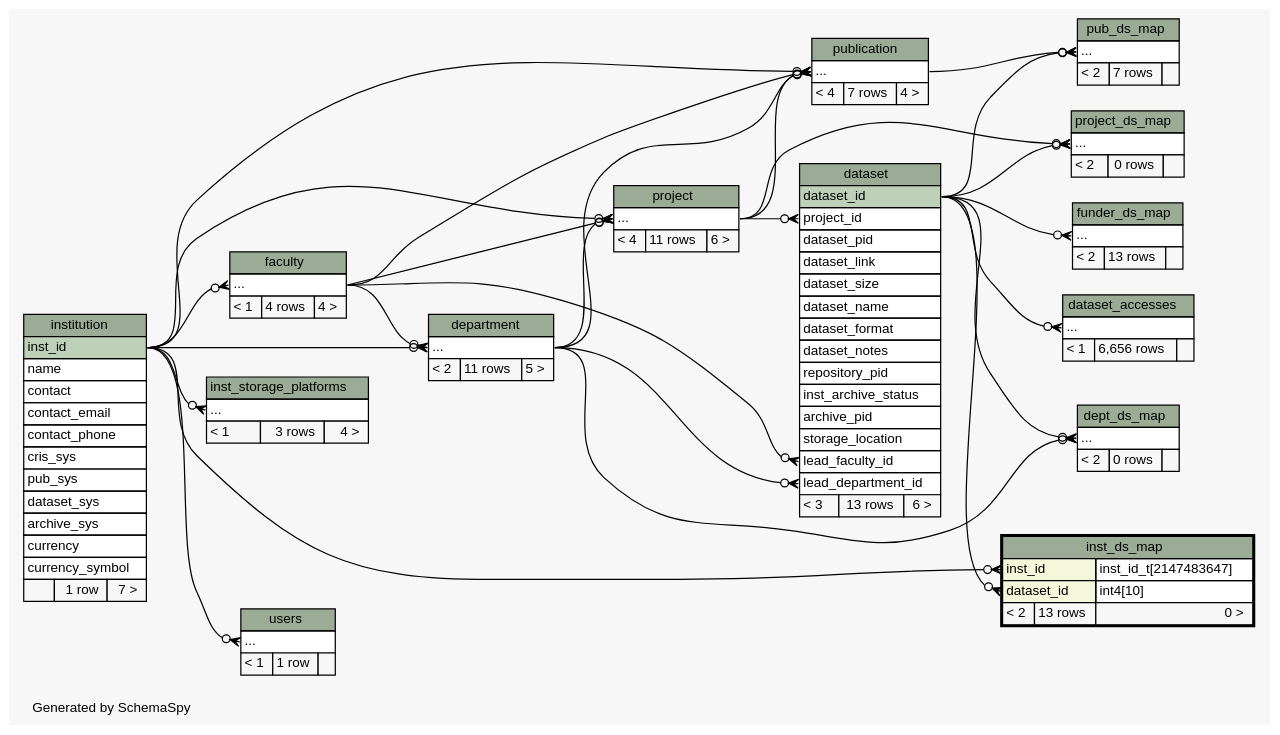
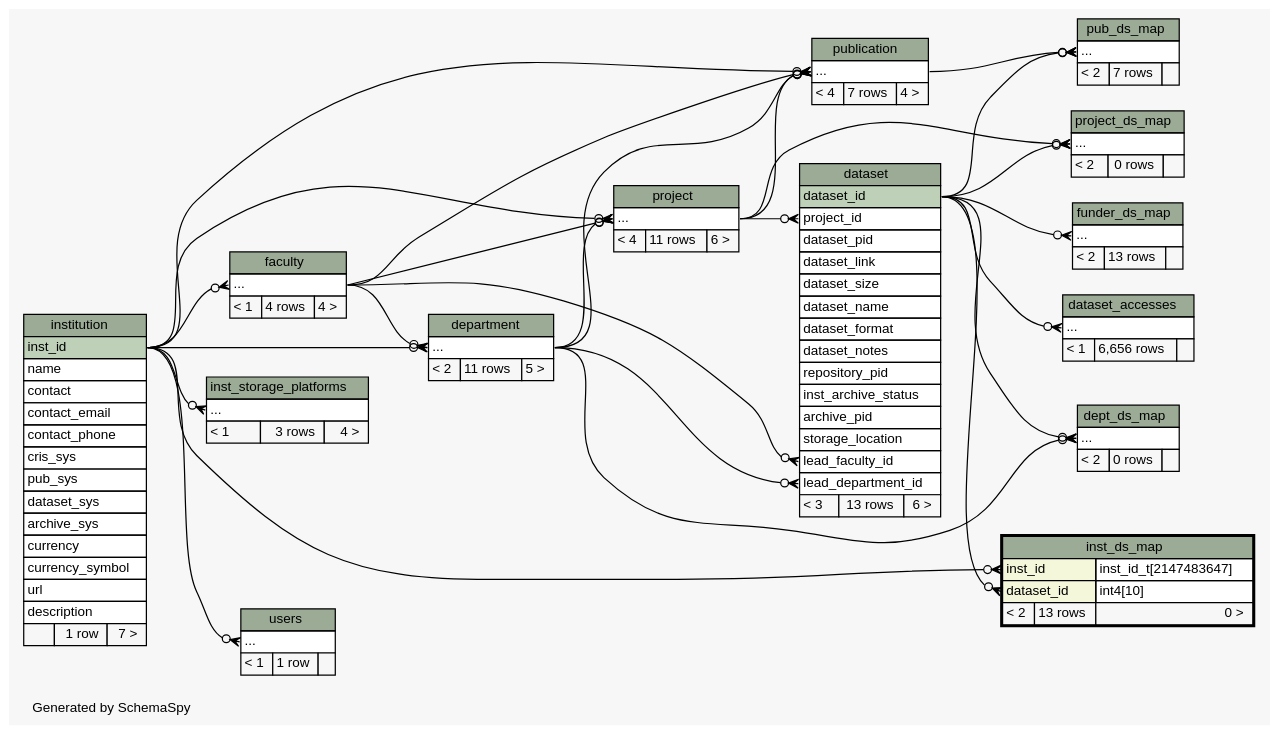
One commit to lulibrary/dmao_infrastructure changed the diagram in ss.out/diagrams/inst_ds_map.2degrees.dot. Above: the diagram before and after it, drawn with Graphviz. The commit also changed 120 other files, not shown here.

```diff
--- a/ss.out/diagrams/inst_ds_map.2degrees.dot
+++ b/ss.out/diagrams/inst_ds_map.2degrees.dot
@@ -1,4 +1,4 @@
-// dot 2.36.0 on Linux 3.13.0-62-generic
+// dot 2.38.0 on Linux 3.16.0-4-amd64
 // SchemaSpy rev 590
 digraph "twoDegreesRelationshipsDiagram" {
   graph [
@@ -153,6 +153,8 @@
       <TR><TD PORT="archive_sys" COLSPAN="3" ALIGN="LEFT">archive_sys</TD></TR>
       <TR><TD PORT="currency" COLSPAN="3" ALIGN="LEFT">currency</TD></TR>
       <TR><TD PORT="currency_symbol" COLSPAN="3" ALIGN="LEFT">currency_symbol</TD></TR>
+      <TR><TD PORT="url" COLSPAN="3" ALIGN="LEFT">url</TD></TR>
+      <TR><TD PORT="description" COLSPAN="3" ALIGN="LEFT">description</TD></TR>
       <TR><TD ALIGN="LEFT" BGCOLOR="#f7f7f7">  </TD><TD ALIGN="RIGHT" BGCOLOR="#f7f7f7">1 row</TD><TD ALIGN="RIGHT" BGCOLOR="#f7f7f7">7 &gt;</TD></TR>
     </TABLE>>
     URL="institution.html"
```
